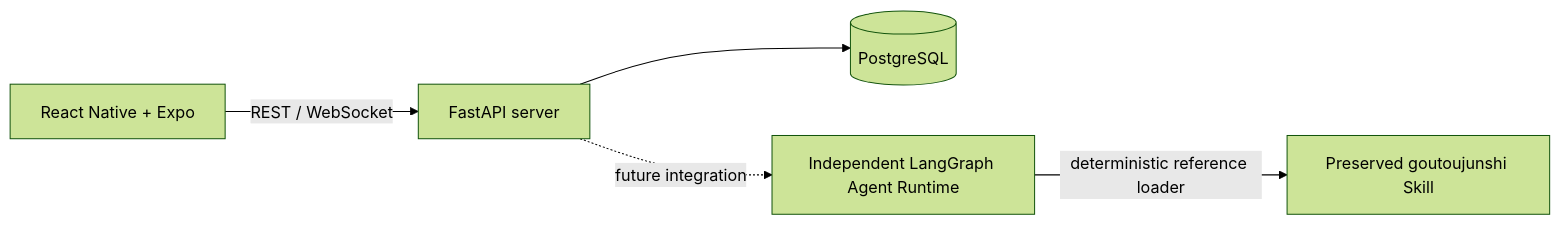
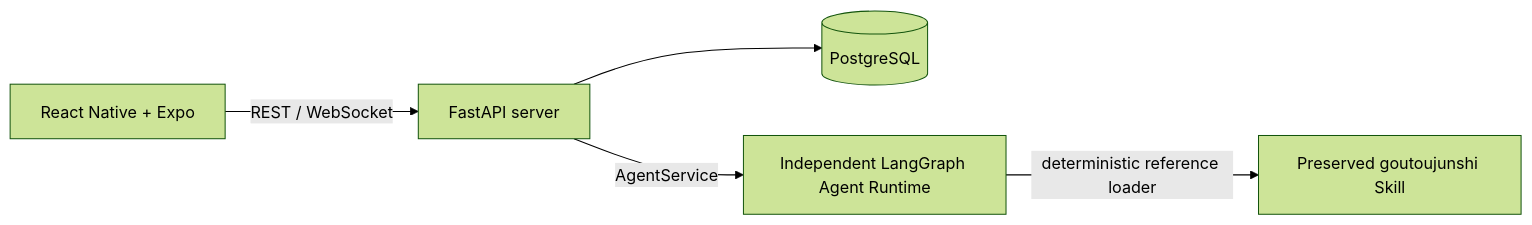
Before and after one commit to Lack666/goutouapp: the diagram in docs/ARCHITECTURE.md, drawn with Mermaid (forest theme). The commit also changed other lines of this file and 29 other files, not shown here.

````diff
--- a/docs/ARCHITECTURE.md
+++ b/docs/ARCHITECTURE.md
@@ -17,7 +18,7 @@
 ```mermaid
 flowchart LR
   Mobile[React Native + Expo] -->|REST / WebSocket| Server[FastAPI server]
   Server --> Database[(PostgreSQL)]
-  Server -.->|future integration| Runtime[Independent LangGraph Agent Runtime]
+  Server -->|AgentService| Runtime[Independent LangGraph Agent Runtime]
   Runtime -->|deterministic reference loader| Knowledge[Preserved goutoujunshi Skill]
 ```
````
